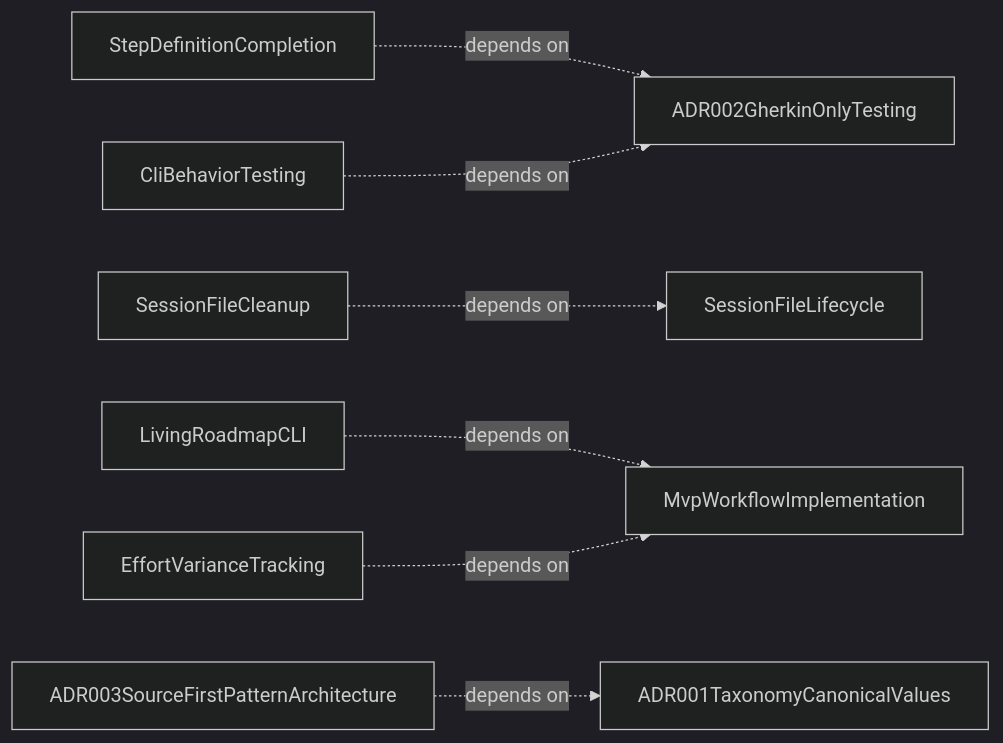
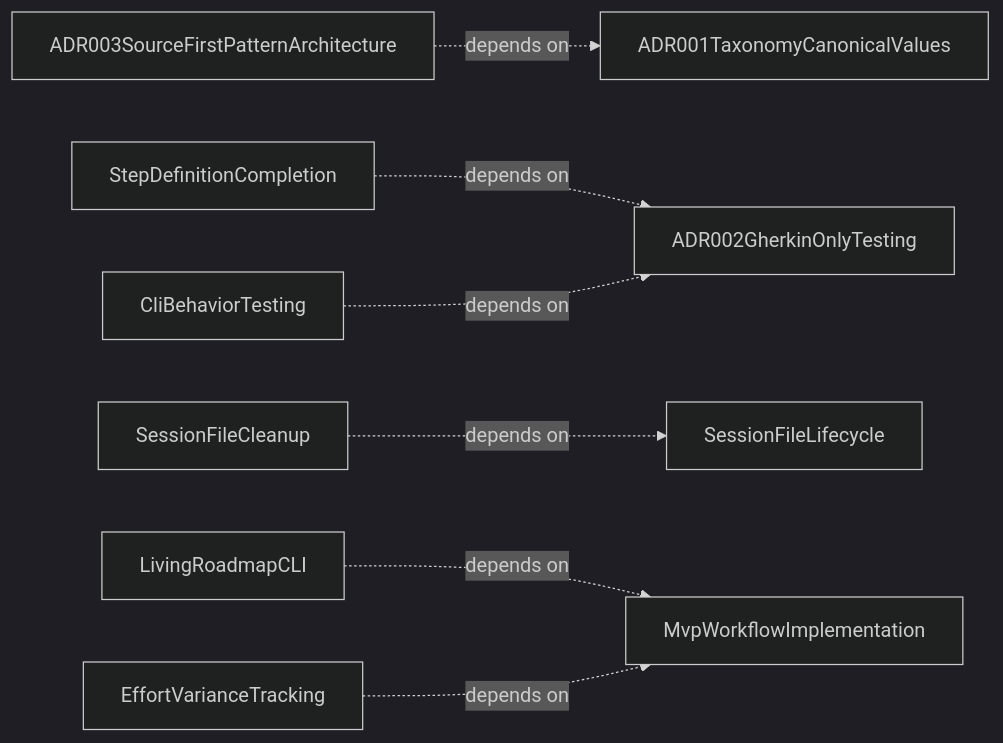
Before and after one commit to libar-dev/architect: the second of 2 diagrams in docs-live/product-areas/PROCESS.md, drawn with Mermaid (dark theme). The commit also changed other lines of this file and 73 other files, not shown here.

````diff
--- a/docs-live/product-areas/PROCESS.md
+++ b/docs-live/product-areas/PROCESS.md
@@ -158,19 +158,19 @@
 ```mermaid
 graph LR
+    ADR003SourceFirstPatternArchitecture["ADR003SourceFirstPatternArchitecture"]
+    ADR002GherkinOnlyTesting["ADR002GherkinOnlyTesting"]
+    ADR001TaxonomyCanonicalValues["ADR001TaxonomyCanonicalValues"]
     StepDefinitionCompletion["StepDefinitionCompletion"]
     SessionFileCleanup["SessionFileCleanup"]
     MvpWorkflowImplementation["MvpWorkflowImplementation"]
     LivingRoadmapCLI["LivingRoadmapCLI"]
     EffortVarianceTracking["EffortVarianceTracking"]
     CliBehaviorTesting["CliBehaviorTesting"]
-    ADR003SourceFirstPatternArchitecture["ADR003SourceFirstPatternArchitecture"]
-    ADR002GherkinOnlyTesting["ADR002GherkinOnlyTesting"]
-    ADR001TaxonomyCanonicalValues["ADR001TaxonomyCanonicalValues"]
     SessionFileLifecycle["SessionFileLifecycle"]
+    ADR003SourceFirstPatternArchitecture -.->|depends on| ADR001TaxonomyCanonicalValues
     StepDefinitionCompletion -.->|depends on| ADR002GherkinOnlyTesting
     SessionFileCleanup -.->|depends on| SessionFileLifecycle
     LivingRoadmapCLI -.->|depends on| MvpWorkflowImplementation
     EffortVarianceTracking -.->|depends on| MvpWorkflowImplementation
     CliBehaviorTesting -.->|depends on| ADR002GherkinOnlyTesting
-    ADR003SourceFirstPatternArchitecture -.->|depends on| ADR001TaxonomyCanonicalValues
 ```
````
